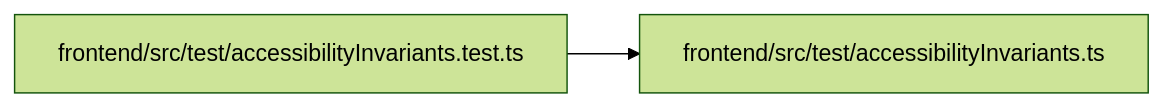
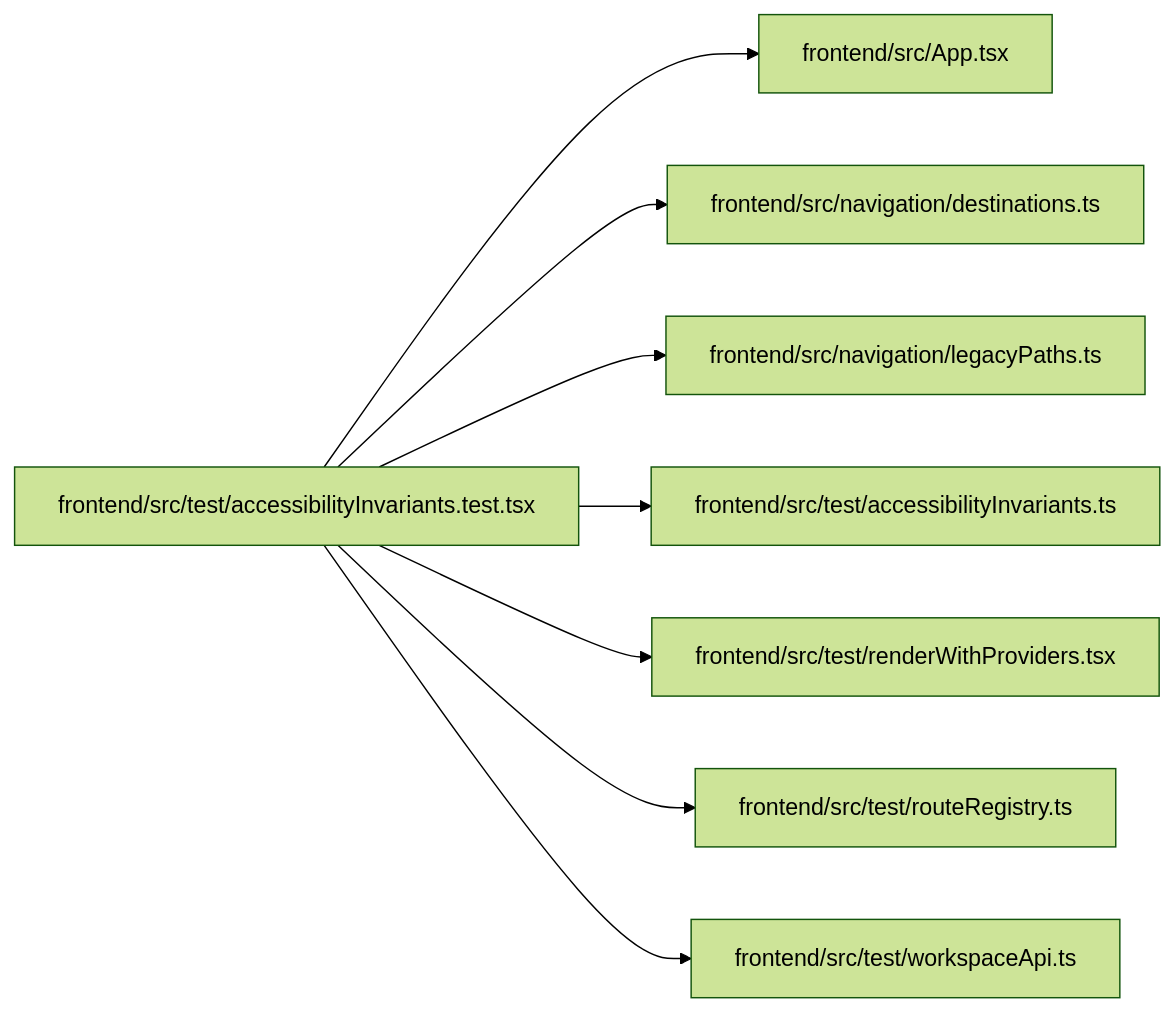
Before and after one commit to Denissvgn/WorkChord: the diagram in docs/llm_wiki/modules/accessibilityInvariants.test.md, drawn with Mermaid (forest theme). The commit also changed other lines of this file and 2373 other files, not shown here.

````diff
--- a/docs/llm_wiki/modules/accessibilityInvariants.test.md
+++ b/docs/llm_wiki/modules/accessibilityInvariants.test.md
@@ -25,8 +35,26 @@
 ```mermaid
 flowchart LR
-    n0["frontend/src/test/accessibilityInvariants.test.ts"]
-    n1["frontend/src/test/accessibilityInvariants.ts"]
-    n0 --> n1
-    click n0 "../modules/accessibilityInvariants.test.md"
-    click n1 "../modules/accessibilityInvariants.md"
+    n0["frontend/src/App.tsx"]
+    n1["frontend/src/navigation/destinations.ts"]
+    n2["frontend/src/navigation/legacyPaths.ts"]
+    n3["frontend/src/test/accessibilityInvariants.test.tsx"]
+    n4["frontend/src/test/accessibilityInvariants.ts"]
+    n5["frontend/src/test/renderWithProviders.tsx"]
+    n6["frontend/src/test/routeRegistry.ts"]
+    n7["frontend/src/test/workspaceApi.ts"]
+    n3 --> n0
+    n3 --> n1
+    n3 --> n2
+    n3 --> n4
+    n3 --> n5
+    n3 --> n6
+    n3 --> n7
+    click n0 "../modules/App.md"
+    click n1 "../modules/destinations.md"
+    click n2 "../modules/legacyPaths.md"
+    click n3 "../modules/accessibilityInvariants.test.md"
+    click n4 "../modules/accessibilityInvariants.md"
+    click n5 "../modules/renderWithProviders.md"
+    click n6 "../modules/routeRegistry.md"
+    click n7 "../modules/workspaceApi.md"
 ```
````
